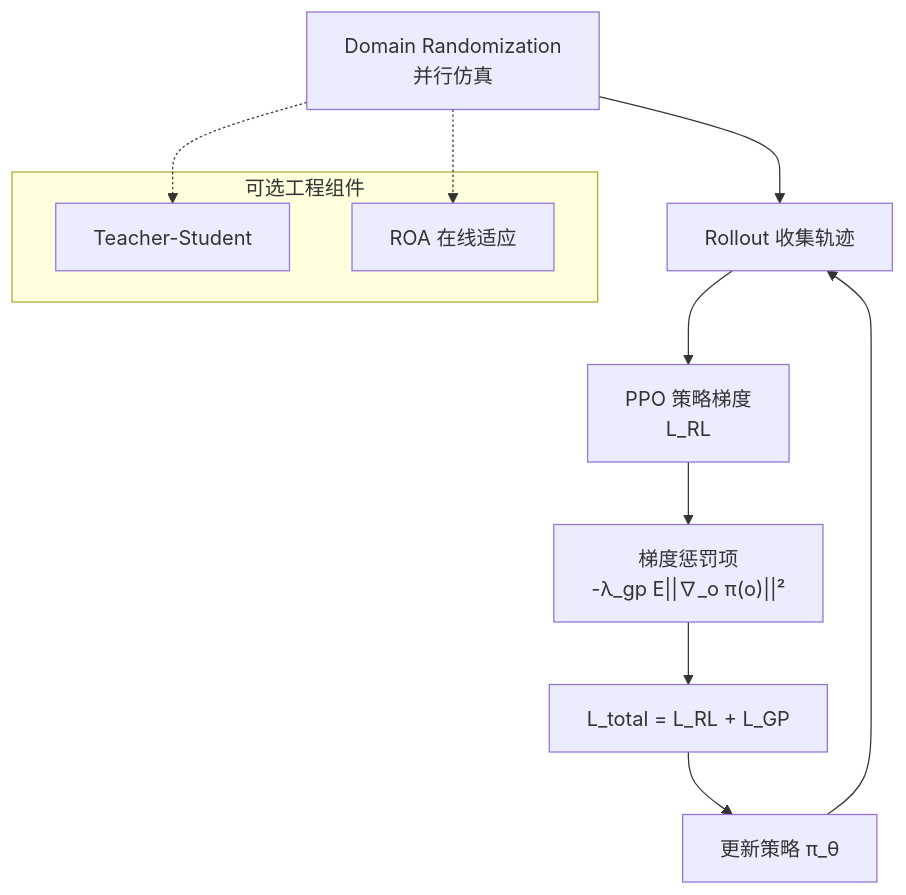
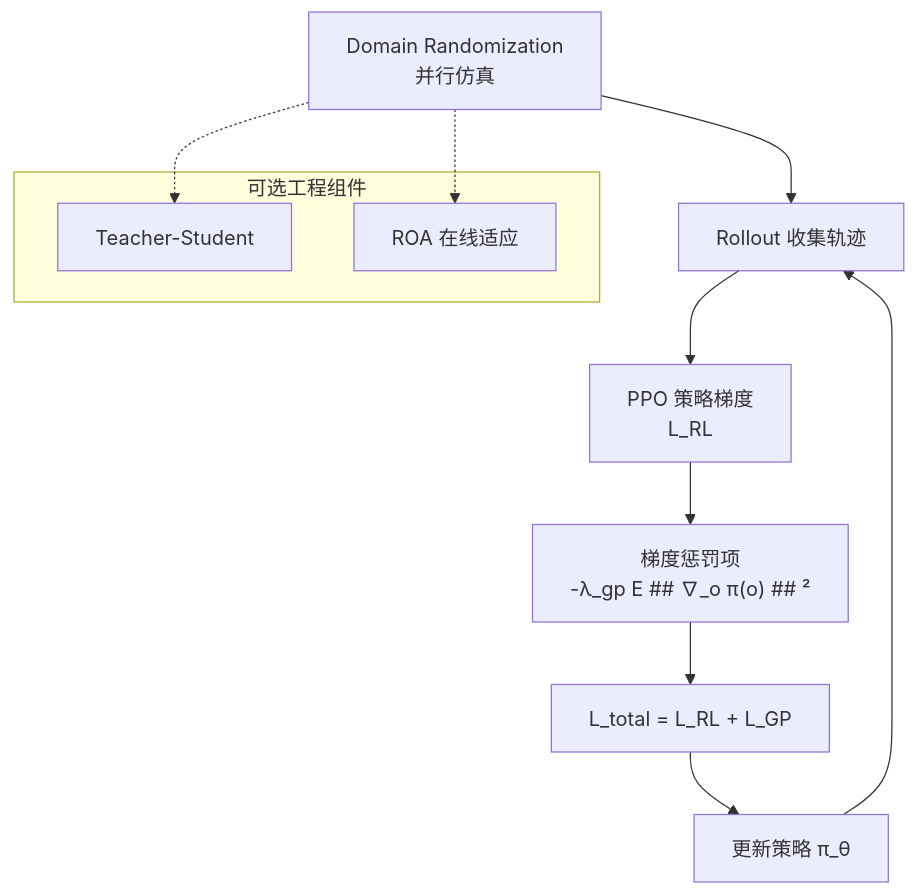
The second of 4 diagrams in papers/01_Foundational_RL/LCP_Sim-to-Real_Action_Smoothing/LCP_Sim-to-Real_Action_Smoothing.md (ImChong/Humanoid_Robot_Learning_Paper_Notebooks), drawn with Mermaid before and after one commit. The commit also changed other lines of this file and 26 other files, not shown here.

First line of the commit message:
chore(Mermaid): 全量适配论文笔记流程图至 KaTeX 渲染规范

```diff
--- a/papers/01_Foundational_RL/LCP_Sim-to-Real_Action_Smoothing/LCP_Sim-to-Real_Action_Smoothing.md
+++ b/papers/01_Foundational_RL/LCP_Sim-to-Real_Action_Smoothing/LCP_Sim-to-Real_Action_Smoothing.md
@@ -187,15 +187,15 @@
 <div class="mermaid">
 flowchart TB
     DR["Domain Randomization<br/>并行仿真"] --> Roll["Rollout 收集轨迹"]
     Roll --> PPO["PPO 策略梯度<br/>L_RL"]
-    PPO --> GP["梯度惩罚项<br/>-λ_gp E||∇_o π(o)||²"]
+    PPO --> GP["梯度惩罚项<br/>-λ_gp E ## ∇_o π(o) ## ²"]
     GP --> Total["L_total = L_RL + L_GP"]
     Total --> Upd["更新策略 π_θ"]
     Upd --> Roll
     subgraph opt["可选工程组件"]
         TS["Teacher-Student"]
         ROA["ROA 在线适应"]
     end
     DR -.-> TS
     DR -.-> ROA
 </div>
```
